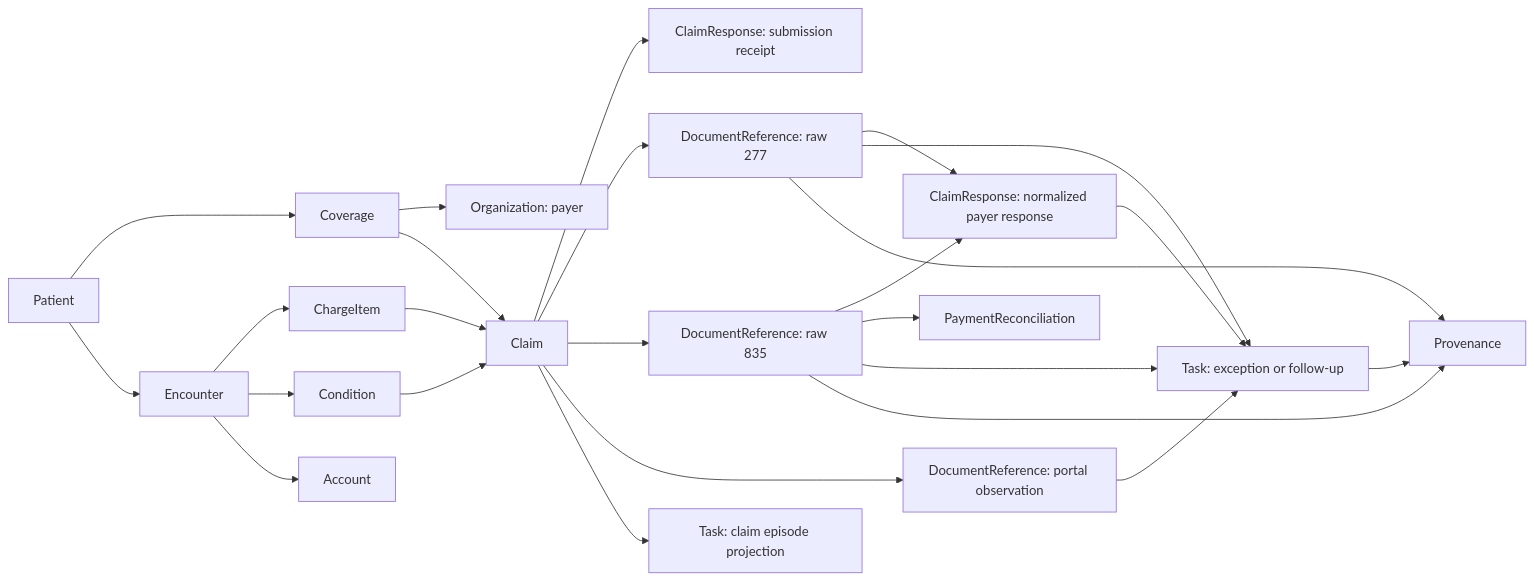
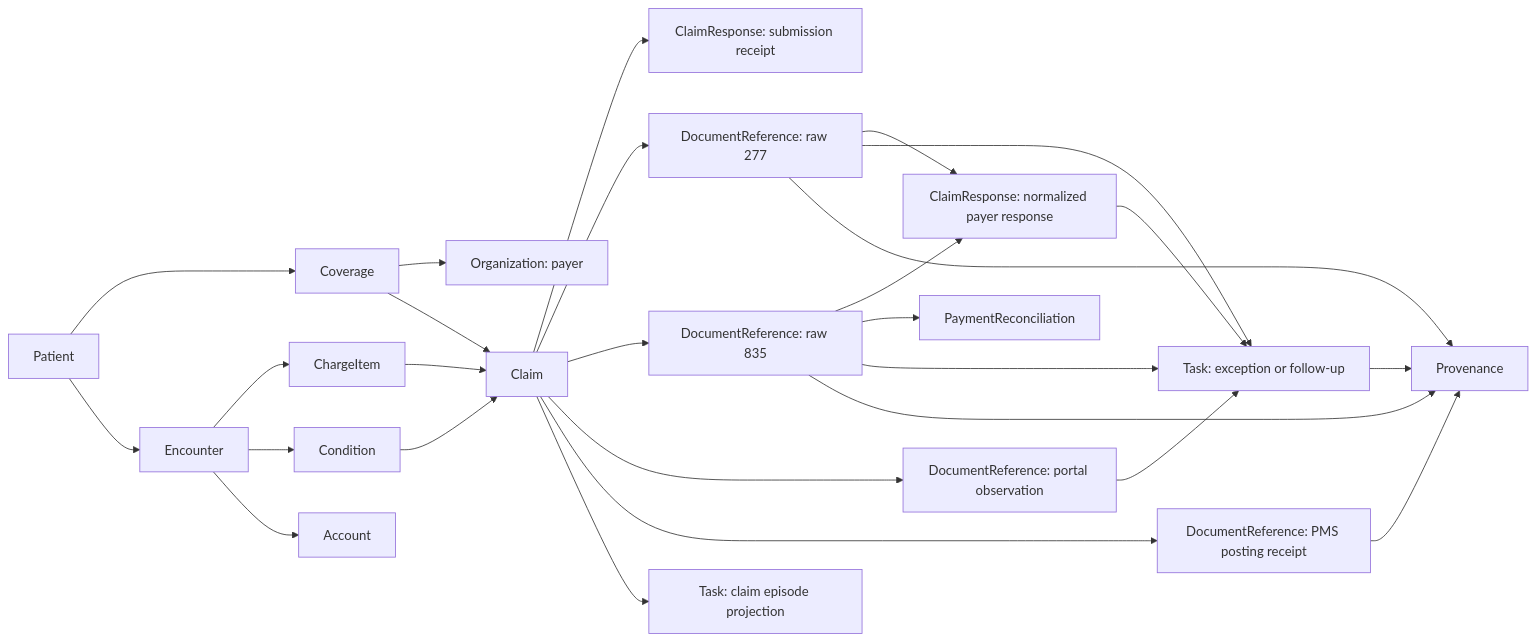
One commit to overturn-inc/yc-medplum-hackathon changed the diagram in docs/data-agent-architecture.md. Above: the diagram before and after it, drawn with Mermaid. The commit also changed other lines of this file and 73 other files, not shown here.

````diff
--- a/docs/data-agent-architecture.md
+++ b/docs/data-agent-architecture.md
@@ -15,27 +30,29 @@
 ```mermaid
 flowchart LR
   Patient --> Coverage
   Coverage --> Payer["Organization: payer"]
   Patient --> Encounter
   Encounter --> ChargeItem
   Encounter --> Condition
   Encounter --> Account
   ChargeItem --> Claim
   Condition --> Claim
   Coverage --> Claim
   Claim --> SubmissionResponse["ClaimResponse: submission receipt"]
   Claim --> Raw277["DocumentReference: raw 277"]
   Claim --> Raw835["DocumentReference: raw 835"]
   Claim --> PortalSnapshot["DocumentReference: portal observation"]
+  Claim --> PostingReceipt["DocumentReference: PMS posting receipt"]
   Raw277 --> NormalizedResponse["ClaimResponse: normalized payer response"]
   Raw835 --> NormalizedResponse
   Raw835 --> Reconciliation["PaymentReconciliation"]
   Claim --> RootTask["Task: claim episode projection"]
   Raw277 --> ExceptionTask["Task: exception or follow-up"]
   Raw835 --> ExceptionTask
   PortalSnapshot --> ExceptionTask
   NormalizedResponse --> ExceptionTask
   ExceptionTask --> Provenance
   Raw277 --> Provenance
   Raw835 --> Provenance
+  PostingReceipt --> Provenance
 ```
````
